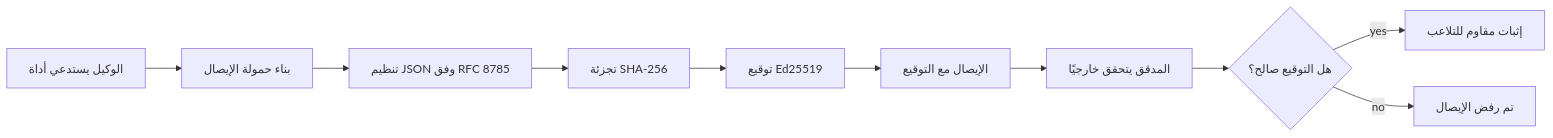
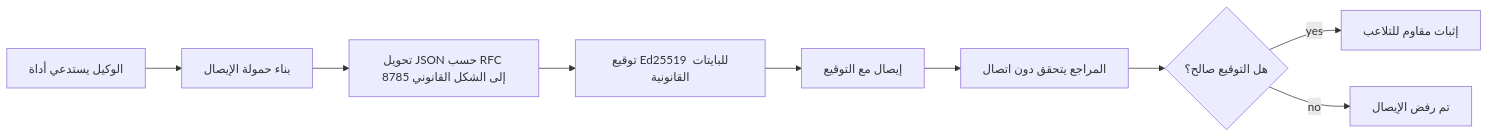
The first of 2 diagrams in translations/ar/18-securing-ai-agents/README.md (microsoft/ai-agents-for-beginners), drawn with Mermaid before and after one commit. The commit also changed other lines of this file and 47 other files, not shown here.

````diff
--- a/translations/ar/18-securing-ai-agents/README.md
+++ b/translations/ar/18-securing-ai-agents/README.md
@@ -51,12 +51,11 @@
 ```mermaid
 flowchart LR
     A[الوكيل يستدعي أداة] --> B[بناء حمولة الإيصال]
-    B --> C[تنظيم JSON وفق RFC 8785]
-    C --> D[تجزئة SHA-256]
-    D --> E[توقيع Ed25519]
-    E --> F[الإيصال مع التوقيع]
-    F --> G[المدقق يتحقق خارجيًا]
+    B --> C[تحويل JSON حسب RFC 8785 إلى الشكل القانوني]
+    C --> E[توقيع Ed25519 للبايتات القانونية]
+    E --> F[إيصال مع التوقيع]
+    F --> G[المراجع يتحقق دون اتصال]
     G --> H{هل التوقيع صالح؟}
     H -- yes --> I[إثبات مقاوم للتلاعب]
     H -- no --> J[تم رفض الإيصال]
 ```
````
